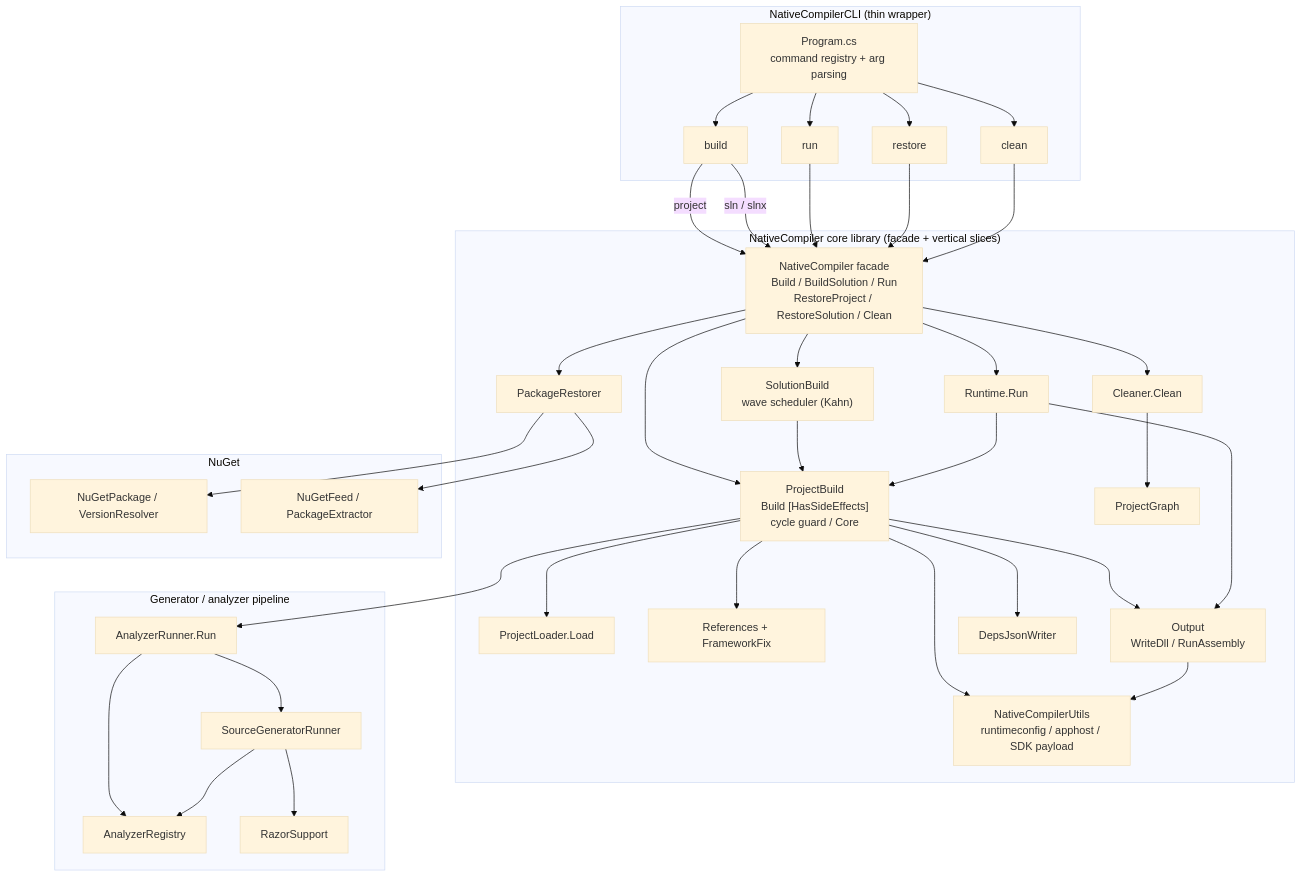
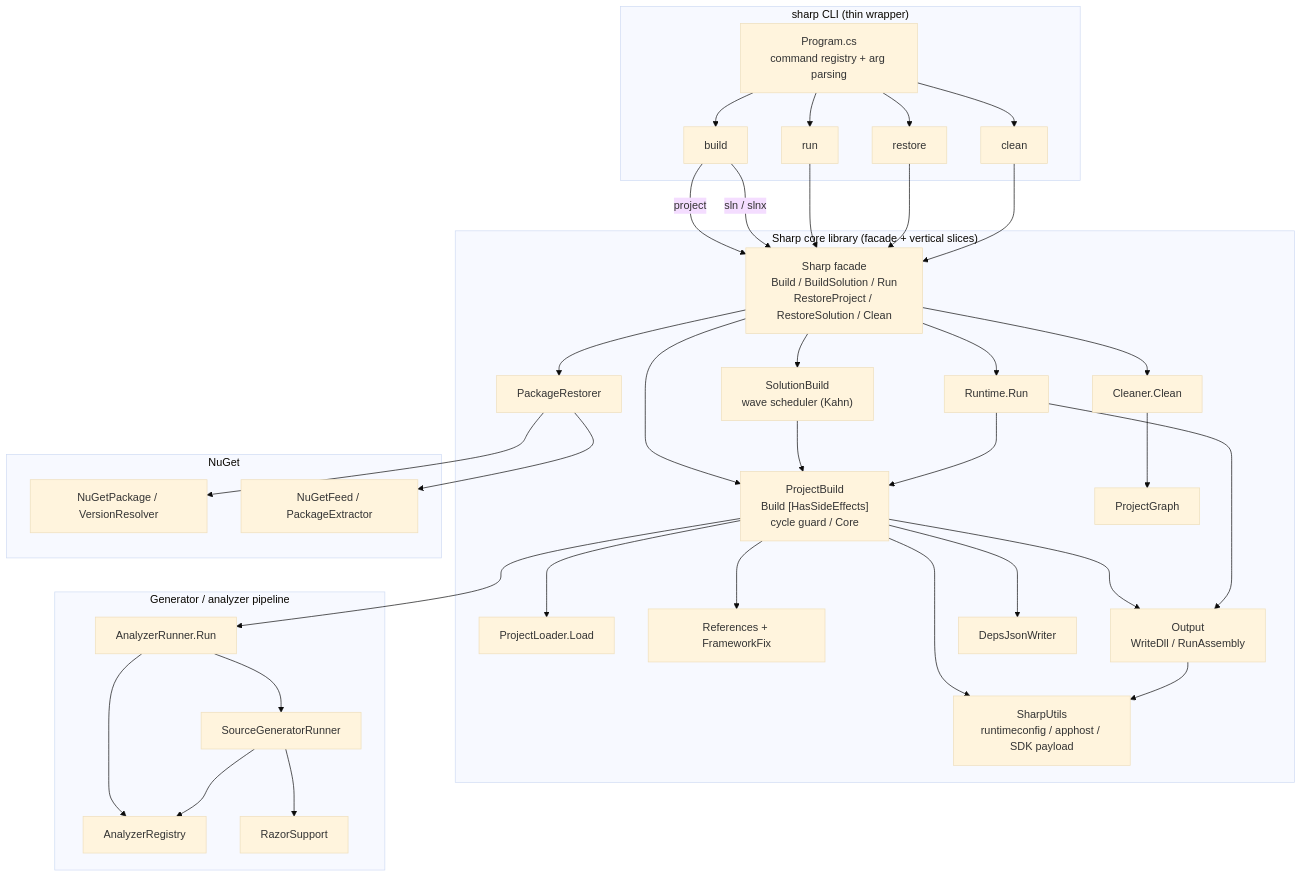
Before and after one commit to martasp/sharp: the first of 6 diagrams in docs/compiler-architecture-1.2.md, drawn with Mermaid (base theme). The commit also changed other lines of this file and 194 other files, not shown here.

First line of the commit message:
Rename NativeCompiler to sharp (#7)

````diff
--- a/docs/compiler-architecture-1.2.md
+++ b/docs/compiler-architecture-1.2.md
@@ -42,54 +42,54 @@
 ```mermaid
 flowchart TB
-    subgraph CLI["NativeCompilerCLI (thin wrapper)"]
+    subgraph CLI["sharp CLI (thin wrapper)"]
         Program["Program.cs<br/>command registry + arg parsing"]
         CmdBuild["build"]
         CmdRun["run"]
         CmdRestore["restore"]
         CmdClean["clean"]
     end
 
-    subgraph CORE["NativeCompiler core library (facade + vertical slices)"]
-        Facade["NativeCompiler facade<br/>Build / BuildSolution / Run<br/>RestoreProject / RestoreSolution / Clean"]
+    subgraph CORE["Sharp core library (facade + vertical slices)"]
+        Facade["Sharp facade<br/>Build / BuildSolution / Run<br/>RestoreProject / RestoreSolution / Clean"]
         PB["ProjectBuild<br/>Build [HasSideEffects]<br/>cycle guard / Core"]
         SB["SolutionBuild<br/>wave scheduler (Kahn)"]
         RT["Runtime.Run"]
         PL["ProjectLoader.Load"]
         PG["ProjectGraph"]
         REF["References + FrameworkFix"]
         OUT["Output<br/>WriteDll / RunAssembly"]
         DEPS["DepsJsonWriter"]
-        UTILS["NativeCompilerUtils<br/>runtimeconfig / apphost / SDK payload"]
+        UTILS["SharpUtils<br/>runtimeconfig / apphost / SDK payload"]
         CLEAN["Cleaner.Clean"]
         REST["PackageRestorer"]
     end
 
     subgraph PIPELINE["Generator / analyzer pipeline"]
         AR["AnalyzerRunner.Run"]
         SG["SourceGeneratorRunner"]
         REG["AnalyzerRegistry"]
         RZ["RazorSupport"]
     end
 
     subgraph NUGET["NuGet"]
         NP["NuGetPackage / VersionResolver"]
         NF["NuGetFeed / PackageExtractor"]
     end
 
     Program --> CmdBuild & CmdRun & CmdRestore & CmdClean
     CmdBuild -->|project| Facade
     CmdBuild -->|sln / slnx| Facade
     CmdRun --> Facade
     CmdRestore --> Facade
     CmdClean --> Facade
 
     Facade --> PB & SB & RT & REST & CLEAN
     SB --> PB
     PB --> PL & REF & AR & OUT & DEPS & UTILS
     OUT --> UTILS
     RT --> PB & OUT
     CLEAN --> PG
     REST --> NP & NF
     AR --> REG & SG
     SG --> REG & RZ
 ```
````
